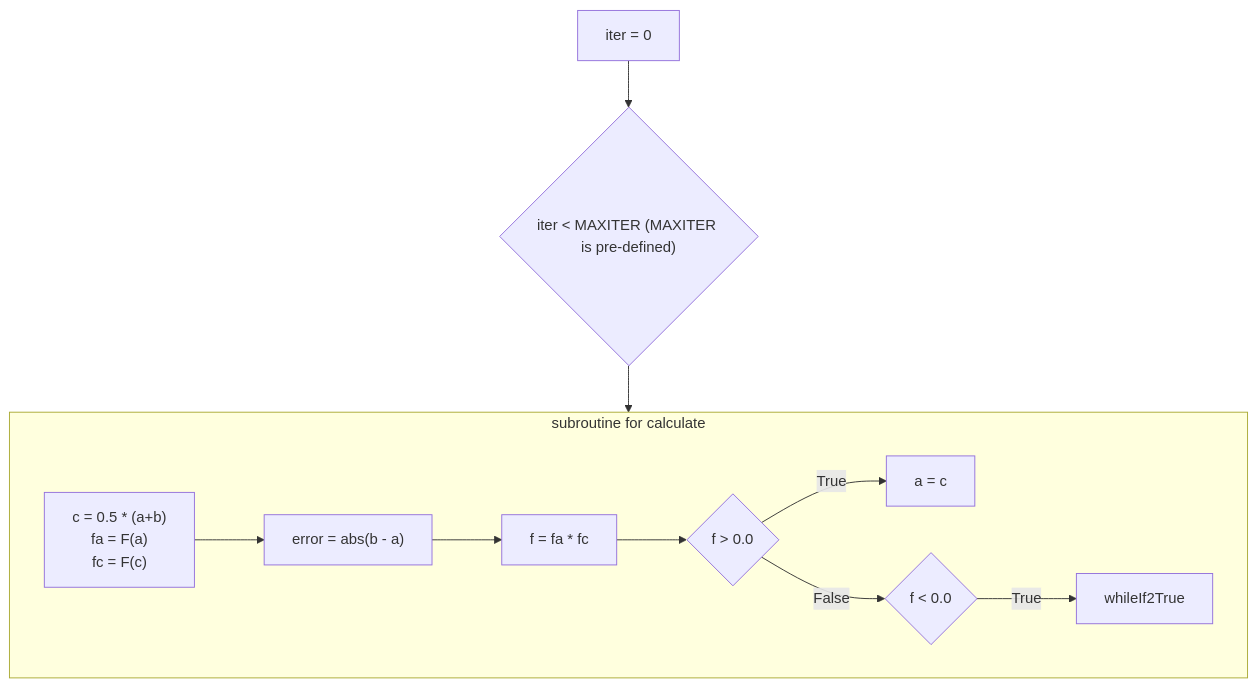
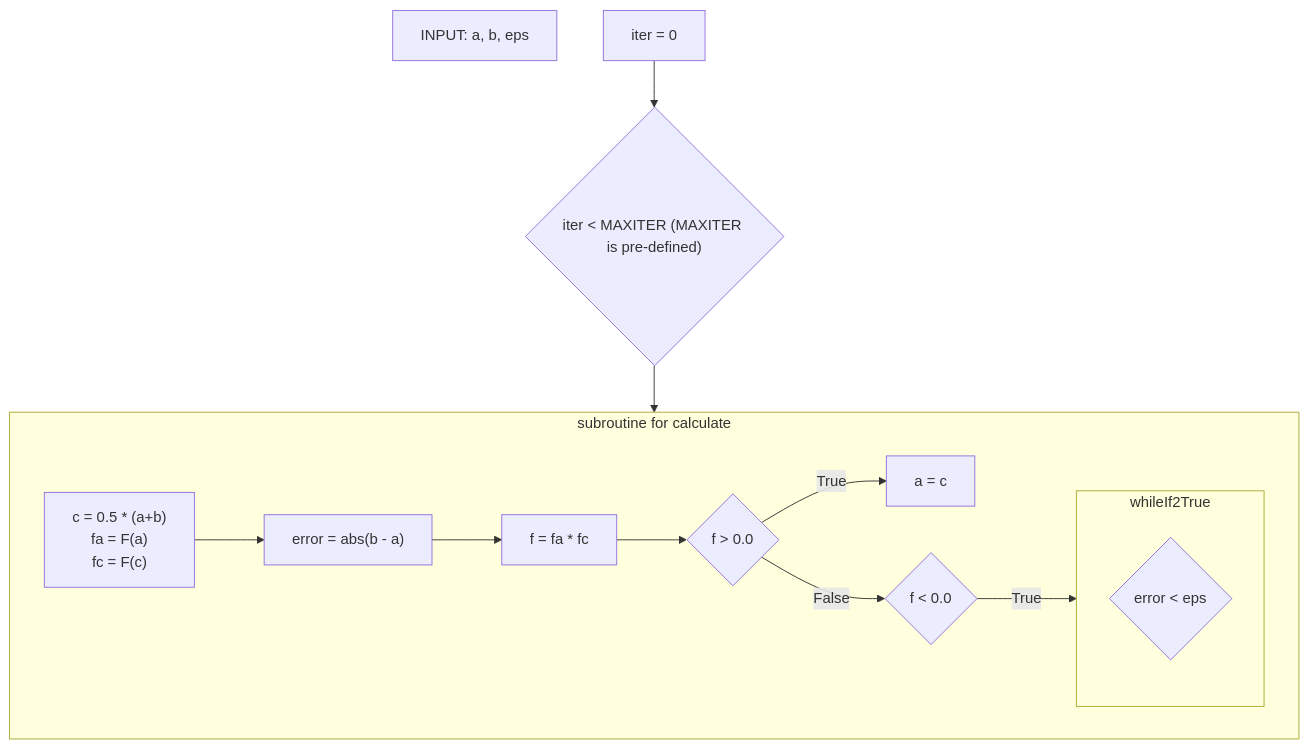
The diagram in Non-linear Equations/README.md (jsk0910/numerical_analysis), drawn with Mermaid before and after one commit.

````diff
--- a/Non-linear Equations/README.md
+++ b/Non-linear Equations/README.md
@@ -26,14 +26,18 @@
 ```mermaid
 flowchart TD;
+    INPUT["INPUT: a, b, eps"]
     A["iter = 0"] --> whileif
     whileif{"iter < MAXITER (MAXITER is pre-defined)"} --> while
     subgraph while ["subroutine for calculate"]
-    whileB["c = 0.5 * (a+b)\n fa = F(a)\n fc = F(c)"] --> whileE
-    whileE["error = abs(b - a)"] --> whileF
-    whileF["f = fa * fc"] --> whileIf1
-    whileIf1{"f > 0.0"} -- "True" --> whileIf1True
-    whileIf1True["a = c"]
-    whileIf1 -- "False" --> whileIf2
-    whileIf2{"f < 0.0"} -- "True" --> whileIf2True
+        whileB["c = 0.5 * (a+b)\n fa = F(a)\n fc = F(c)"] --> whileE
+        whileE["error = abs(b - a)"] --> whileF
+        whileF["f = fa * fc"] --> whileIf1
+        whileIf1{"f > 0.0"} -- "True" --> whileIf1True
+        whileIf1True["a = c"]
+        whileIf1 -- "False" --> whileIf2
+        whileIf2{"f < 0.0"} -- "True" --> whileIf2True
+        subgraph whileIf2True
+            if1{"error < eps"}
+        end
     end
 ```
````
